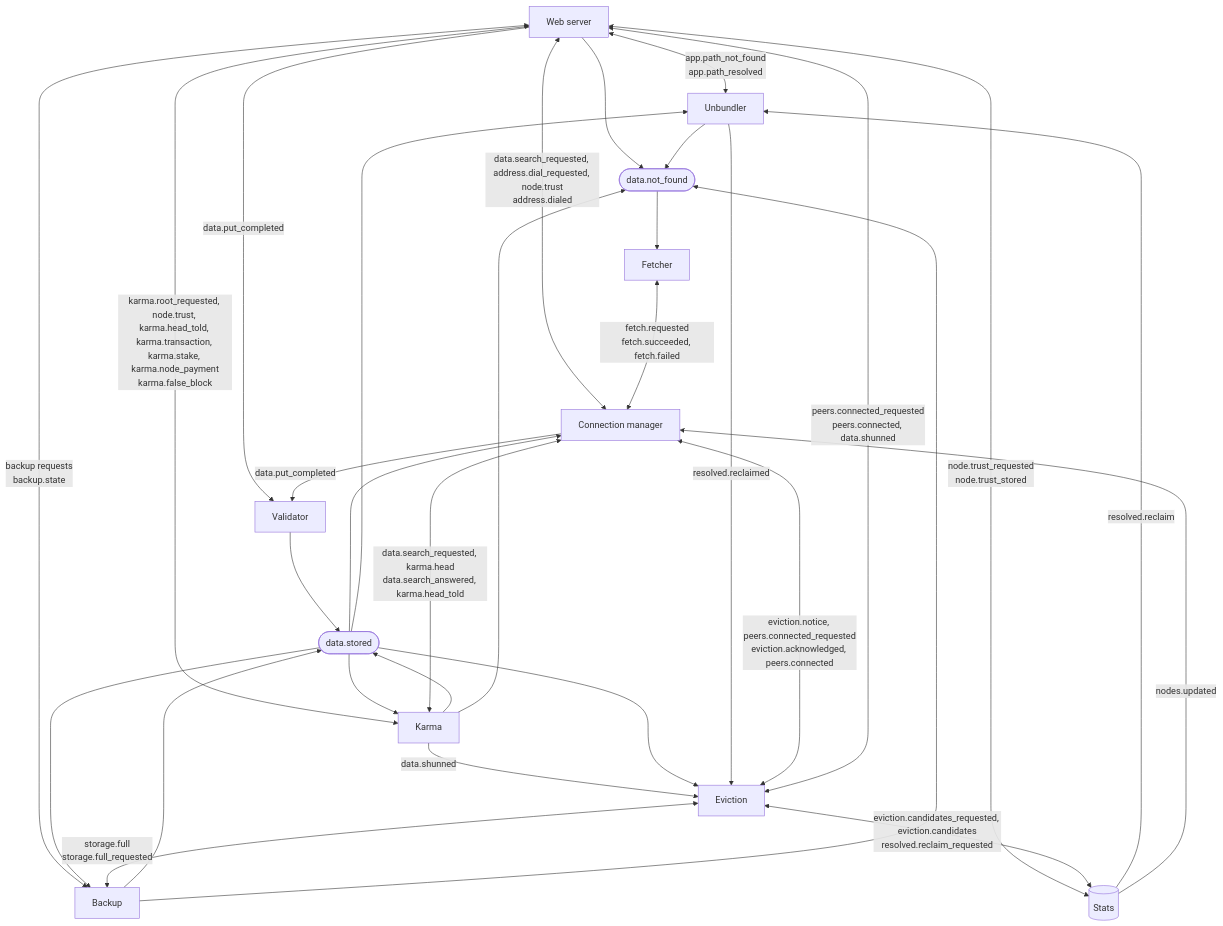
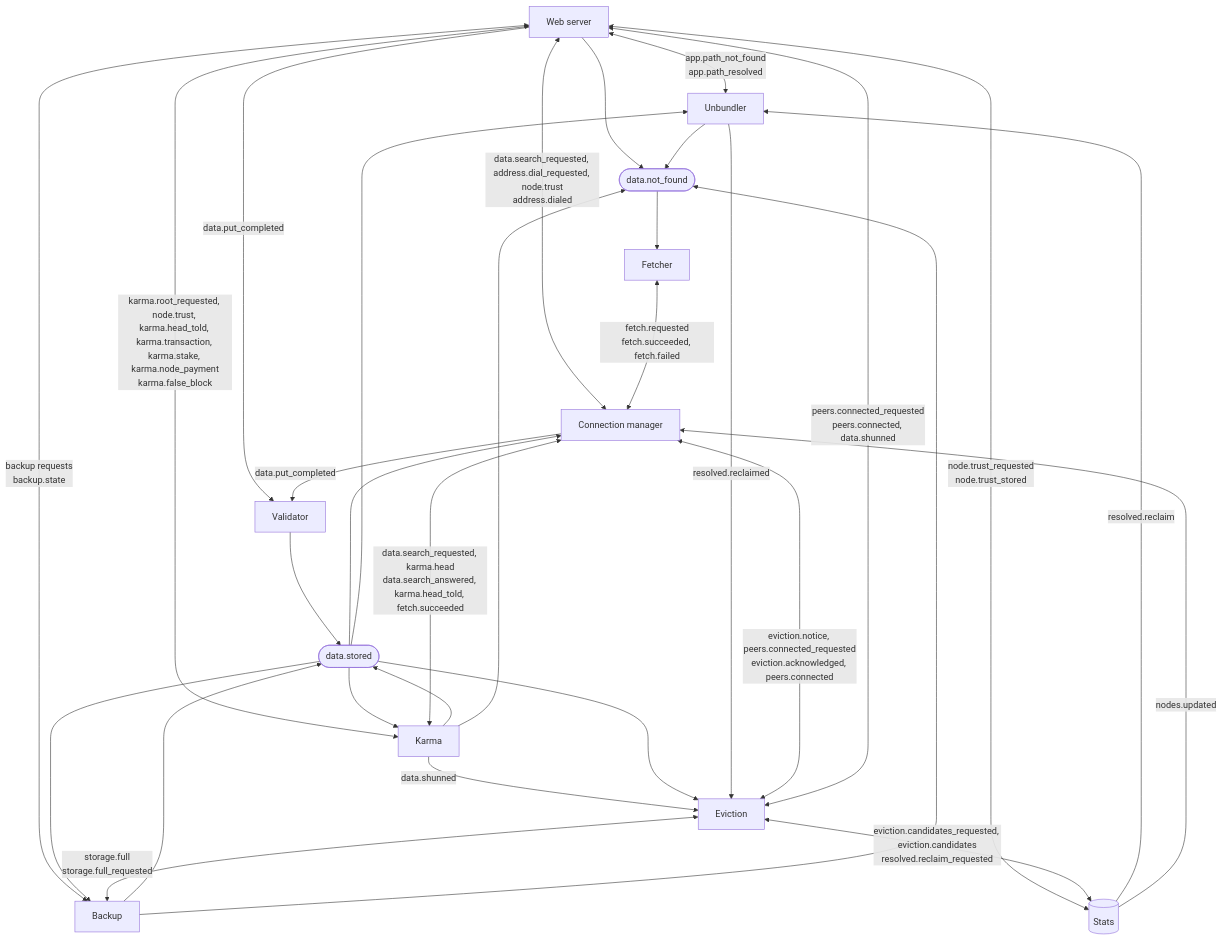
The eighth of 13 diagrams in docs/implementation/Module System.md (marcpage/libranet), drawn with Mermaid before and after one commit. The commit also changed other lines of this file and 19 other files, not shown here.

````diff
--- a/docs/implementation/Module System.md
+++ b/docs/implementation/Module System.md
@@ -1184,45 +1188,45 @@
 ```mermaid
 flowchart TB
     web["Web server"]
     unb["Unbundler"]
     backup["Backup"]
     karma["Karma"]
     val["Validator"]
     fetch["Fetcher"]
     conn["Connection manager"]
     evict["Eviction"]
     stats[("Stats")]
     stored(["data.stored"])
     missing(["data.not_found"])
 
     web <-->|"app.path_not_found<br/>app.path_resolved"| unb
     web <-->|"backup requests<br/>backup.state"| backup
     web -->|"data.put_completed"| val
     web <-->|"data.search_requested, address.dial_requested, node.trust<br/>address.dialed"| conn
     web <-->|"node.trust_requested<br/>node.trust_stored"| stats
     web <-->|"karma.root_requested, node.trust, karma.head_told, karma.transaction, karma.stake, karma.node_payment<br/>karma.false_block"| karma
-    karma <-->|"data.search_requested, karma.head<br/>data.search_answered, karma.head_told"| conn
+    karma <-->|"data.search_requested, karma.head<br/>data.search_answered, karma.head_told, fetch.succeeded"| conn
     karma -->|"data.shunned"| evict
     conn -->|"data.put_completed"| val
     val --> stored
     backup --> stored
     karma --> stored
     stored --> conn
     stored --> evict
     stored --> backup
     stored --> unb
     stored --> karma
     web --> missing
     unb --> missing
     backup --> missing
     karma --> missing
     missing --> fetch
     fetch <-->|"fetch.requested<br/>fetch.succeeded, fetch.failed"| conn
     evict <-->|"eviction.notice, peers.connected_requested<br/>eviction.acknowledged, peers.connected"| conn
     evict <-->|"peers.connected_requested<br/>peers.connected, data.shunned"| web
     evict <-->|"storage.full<br/>storage.full_requested"| backup
     evict <-->|"eviction.candidates_requested, eviction.candidates<br/>resolved.reclaim_requested"| stats
     stats -->|"resolved.reclaim"| unb
     unb -->|"resolved.reclaimed"| evict
     stats -->|"nodes.updated"| conn
 ```
````
